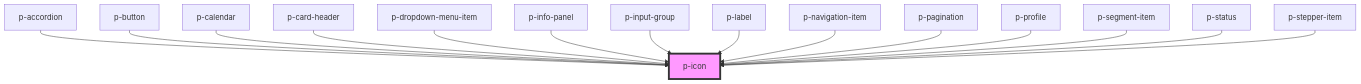
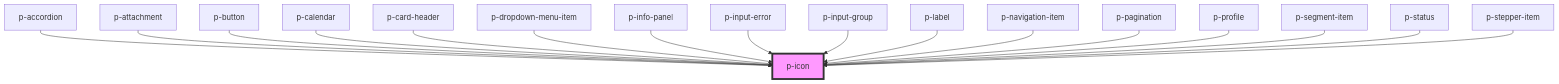
One commit to Employes/paperless changed the diagram in packages/core/src/components/atoms/icon/readme.md. Above: the diagram before and after it, drawn with Mermaid. The commit also changed other lines of this file and 4 other files, not shown here.

Commit message:
feat(Molecules/Input Group): Implement Input Error

````diff
--- a/packages/core/src/components/atoms/icon/readme.md
+++ b/packages/core/src/components/atoms/icon/readme.md
@@ -38,18 +40,20 @@
 ```mermaid
 graph TD;
   p-accordion --> p-icon
+  p-attachment --> p-icon
   p-button --> p-icon
   p-calendar --> p-icon
   p-card-header --> p-icon
   p-dropdown-menu-item --> p-icon
   p-info-panel --> p-icon
+  p-input-error --> p-icon
   p-input-group --> p-icon
   p-label --> p-icon
   p-navigation-item --> p-icon
   p-pagination --> p-icon
   p-profile --> p-icon
   p-segment-item --> p-icon
   p-status --> p-icon
   p-stepper-item --> p-icon
   style p-icon fill:#f9f,stroke:#333,stroke-width:4px
 ```
````
